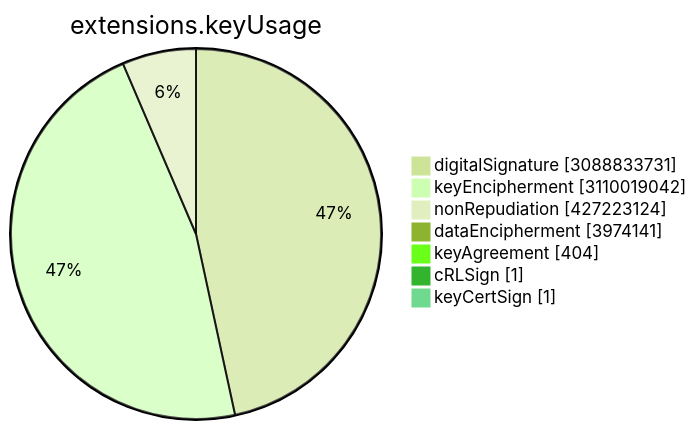
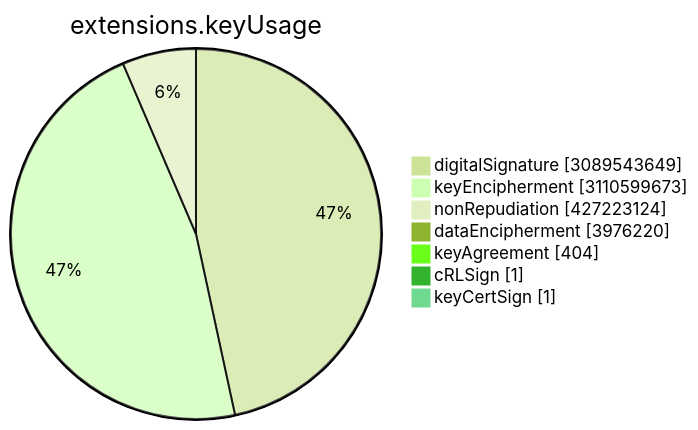
Before and after one commit to christiankrug/ctmonitor_visualization: the sixth of 15 diagrams in TOTAL/README.md, drawn with Mermaid (forest theme). The commit also changed other lines of this file, not shown here.

````diff
--- a/TOTAL/README.md
+++ b/TOTAL/README.md
@@ -3077,11 +3077,11 @@
 ```mermaid
 pie showData
 title extensions.keyUsage
-"digitalSignature" :3088833731
-"keyEncipherment" :3110019042
+"digitalSignature" :3089543649
+"keyEncipherment" :3110599673
 "nonRepudiation" :427223124
-"dataEncipherment" :3974141
+"dataEncipherment" :3976220
 "keyAgreement" :404
 "cRLSign" :1
 "keyCertSign" :1
 ```
````
